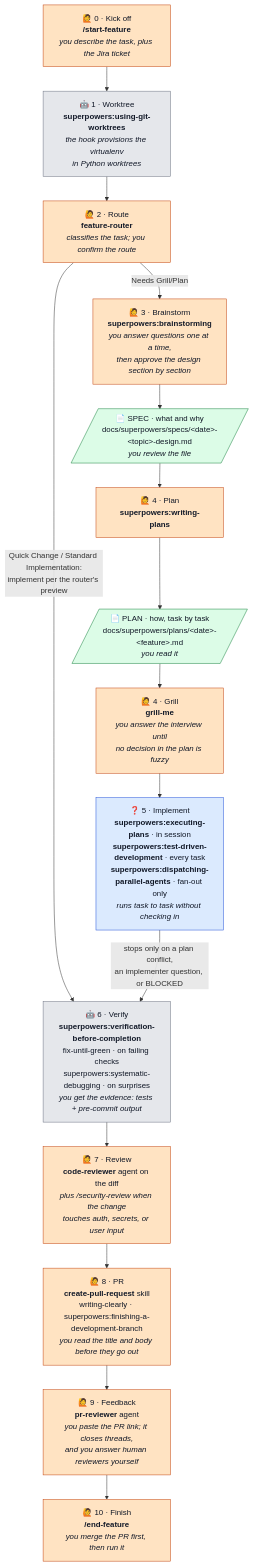
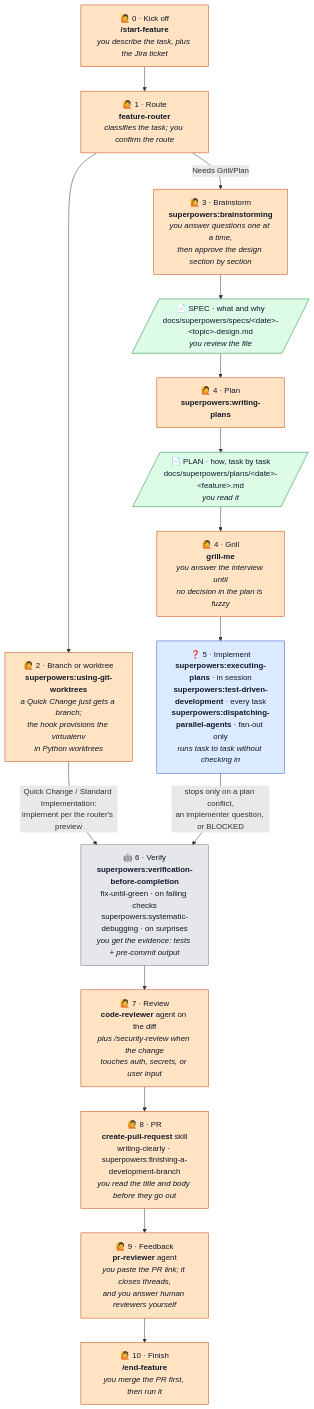
The diagram in README.md (bertini36/dotfiles), drawn with Mermaid before and after one commit. The commit also changed other lines of this file and 2 other files, not shown here.

Commit message:
refactor: route before creating the worktree
The pipeline asked which isolation to use before it knew what the task
was, so a typo fix earned a worktree prompt and a provisioned virtualenv
that Route would have told us to skip one stage later.

Route now runs first. It touches no git state, and its verdict decides
what the work is worth: a Quick Change gets a plain branch, everything
else still gets the worktree question.

Claude-Session: https://claude.ai/code/session_015PgYLuxCdFGeMnW7iqMY8B

````diff
--- a/README.md
+++ b/README.md
@@ -165,35 +165,35 @@
 ```mermaid
 flowchart TD
     K["🙋 0 · Kick off<br><b>/start-feature</b><br><i>you describe the task, plus the Jira ticket</i>"]
-    W["🤖 1 · Worktree<br><b>superpowers:using-git-worktrees</b><br><i>the hook provisions the virtualenv<br>in Python worktrees</i>"]
-    RT["🙋 2 · Route<br><b>feature-router</b><br><i>classifies the task; you confirm the route</i>"]
+    RT["🙋 1 · Route<br><b>feature-router</b><br><i>classifies the task; you confirm the route</i>"]
+    W["🙋 2 · Branch or worktree<br><b>superpowers:using-git-worktrees</b><br><i>a Quick Change just gets a branch;<br>the hook provisions the virtualenv<br>in Python worktrees</i>"]
     B["🙋 3 · Brainstorm<br><b>superpowers:brainstorming</b><br><i>you answer questions one at a time,<br>then approve the design section by section</i>"]
     SPEC[/"📄 SPEC · what and why<br>docs/superpowers/specs/&lt;date&gt;-&lt;topic&gt;-design.md<br><i>you review the file</i>"/]
     P["🙋 4 · Plan<br><b>superpowers:writing-plans</b>"]
     PLAN[/"📄 PLAN · how, task by task<br>docs/superpowers/plans/&lt;date&gt;-&lt;feature&gt;.md<br><i>you read it</i>"/]
     G["🙋 4 · Grill<br><b>grill-me</b><br><i>you answer the interview until<br>no decision in the plan is fuzzy</i>"]
     I["❓ 5 · Implement<br><b>superpowers:executing-plans</b> · in session<br><b>superpowers:test-driven-development</b> · every task<br><b>superpowers:dispatching-parallel-agents</b> · fan-out only<br><i>runs task to task without checking in</i>"]
     Y["🤖 6 · Verify<br><b>superpowers:verification-before-completion</b><br>fix-until-green · on failing checks<br>superpowers:systematic-debugging · on surprises<br><i>you get the evidence: tests + pre-commit output</i>"]
     R["🙋 7 · Review<br><b>code-reviewer</b> agent on the diff<br><i>plus /security-review when the change<br>touches auth, secrets, or user input</i>"]
     PR["🙋 8 · PR<br><b>create-pull-request</b> skill<br>writing-clearly · superpowers:finishing-a-development-branch<br><i>you read the title and body before they go out</i>"]
     F["🙋 9 · Feedback<br><b>pr-reviewer</b> agent<br><i>you paste the PR link; it closes threads,<br>and you answer human reviewers yourself</i>"]
     Z["🙋 10 · Finish<br><b>/end-feature</b><br><i>you merge the PR first, then run it</i>"]
 
-    K --> W --> RT
-    RT -- "Quick Change / Standard Implementation:<br>implement per the router's preview" --> Y
+    K --> RT --> W
+    W -- "Quick Change / Standard Implementation:<br>implement per the router's preview" --> Y
     RT -- "Needs Grill/Plan" --> B
     B --> SPEC --> P
     P --> PLAN --> G
     G --> I
     I -- "stops only on a plan conflict,<br>an implementer question, or BLOCKED" --> Y
     Y --> R --> PR --> F --> Z
 
     classDef you fill:#FFE3C2,stroke:#C2410C,color:#111827
     classDef auto fill:#E5E7EB,stroke:#6B7280,color:#111827
     classDef ask fill:#DBEAFE,stroke:#1D4ED8,color:#111827
     classDef doc fill:#DCFCE7,stroke:#15803D,color:#111827
-    class K,RT,B,P,G,R,PR,F,Z you
-    class W,Y auto
+    class K,RT,W,B,P,G,R,PR,F,Z you
+    class Y auto
     class I ask
     class SPEC,PLAN doc
 ```
````
